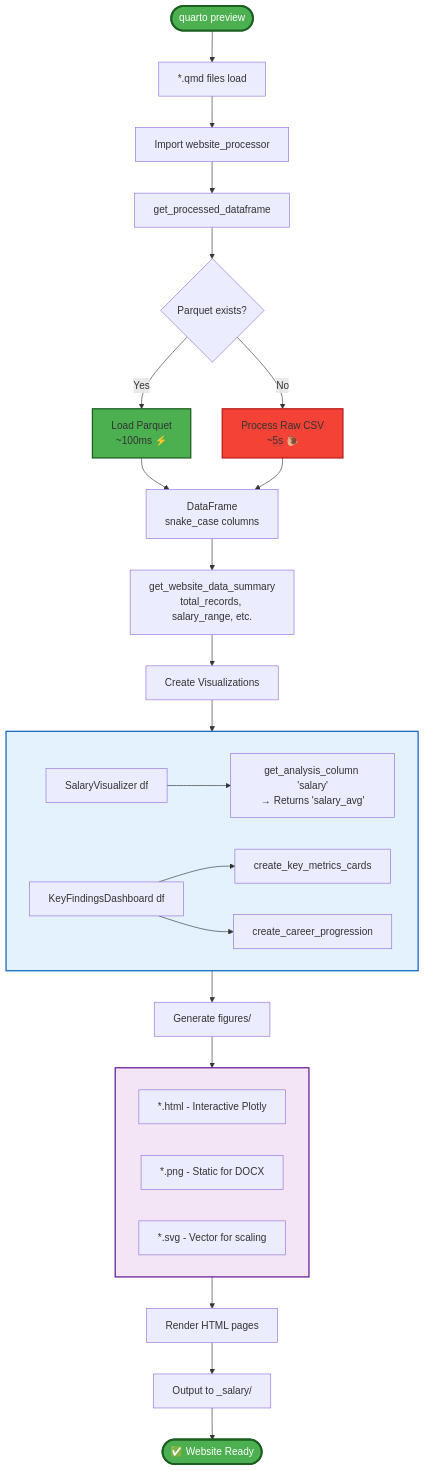
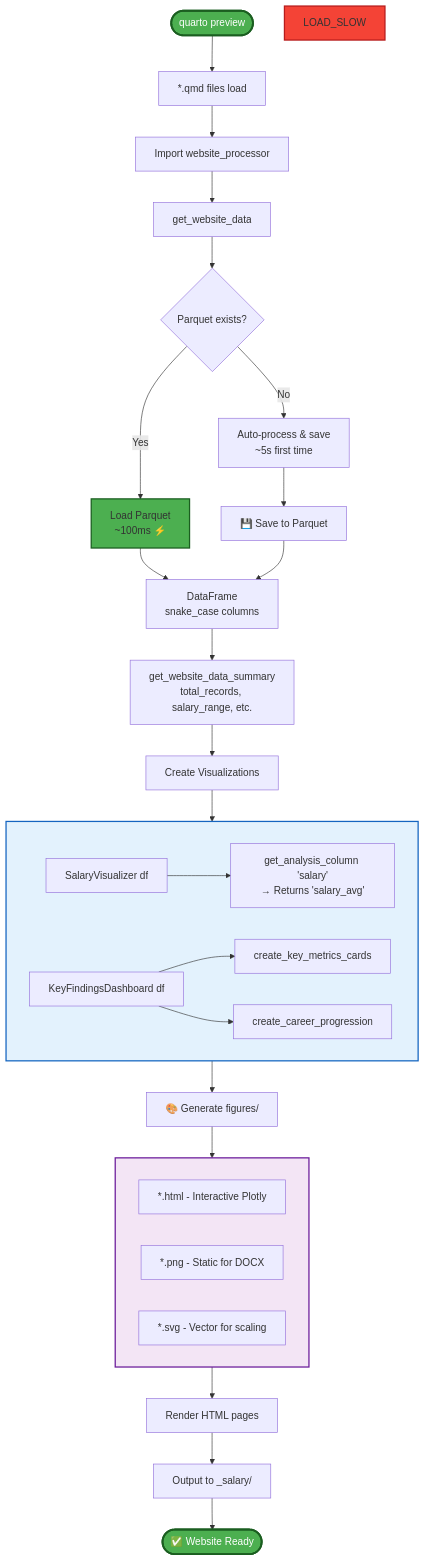
One commit to samarthya/ad688-scratch changed the ninth of 19 diagrams in ARCHITECTURE.md. Above: the diagram before and after it, drawn with Mermaid. The commit also changed other lines of this file and 2 other files, not shown here.

````diff
--- a/ARCHITECTURE.md
+++ b/ARCHITECTURE.md
@@ -395,56 +398,57 @@
 ```mermaid
 flowchart TD
     START([quarto preview])
     QMD[*.qmd files load]
 
     START --> QMD
     QMD --> IMPORT[Import website_processor]
 
-    IMPORT --> GET_DF[get_processed_dataframe]
+    IMPORT --> GET_DATA[get_website_data]
 
-    GET_DF --> CHECK{Parquet exists?}
+    GET_DATA --> CHECK{Parquet exists?}
 
     CHECK -->|Yes| LOAD_FAST[Load Parquet<br/>~100ms ⚡]
-    CHECK -->|No| LOAD_SLOW[Process Raw CSV<br/>~5s 🐌]
+    CHECK -->|No| PROCESS[Auto-process & save<br/>~5s first time]
 
     LOAD_FAST --> DF[DataFrame<br/>snake_case columns]
-    LOAD_SLOW --> DF
+    PROCESS --> SAVE[💾 Save to Parquet]
+    SAVE --> DF
 
     DF --> SUMMARY[get_website_data_summary<br/>total_records, salary_range, etc.]
 
     SUMMARY --> VIZ[Create Visualizations]
 
     subgraph VIZ_PROCESS[" "]
         V1[SalaryVisualizer df]
         V2[get_analysis_column 'salary'<br/>→ Returns 'salary_avg']
         V3[KeyFindingsDashboard df]
         V4[create_key_metrics_cards]
         V5[create_career_progression]
 
         V1 --> V2
         V3 --> V4
         V3 --> V5
     end
 
     VIZ --> VIZ_PROCESS
 
-    VIZ_PROCESS --> FIGS[Generate figures/]
+    VIZ_PROCESS --> FIGS[🎨 Generate figures/]
 
     subgraph FORMATS[" "]
         F1[*.html - Interactive Plotly]
         F2[*.png - Static for DOCX]
         F3[*.svg - Vector for scaling]
     end
 
     FIGS --> FORMATS
     FORMATS --> RENDER[Render HTML pages]
     RENDER --> OUTPUT[Output to _salary/]
     OUTPUT --> DONE([✅ Website Ready])
 
     style START fill:#4caf50,stroke:#1b5e20,stroke-width:3px,color:#fff
     style DONE fill:#4caf50,stroke:#1b5e20,stroke-width:3px,color:#fff
     style LOAD_FAST fill:#4caf50,stroke:#1b5e20,stroke-width:2px
     style LOAD_SLOW fill:#f44336,stroke:#b71c1c,stroke-width:2px
     style VIZ_PROCESS fill:#e3f2fd,stroke:#1565c0,stroke-width:2px
     style FORMATS fill:#f3e5f5,stroke:#6a1b9a,stroke-width:2px
 ```
````
